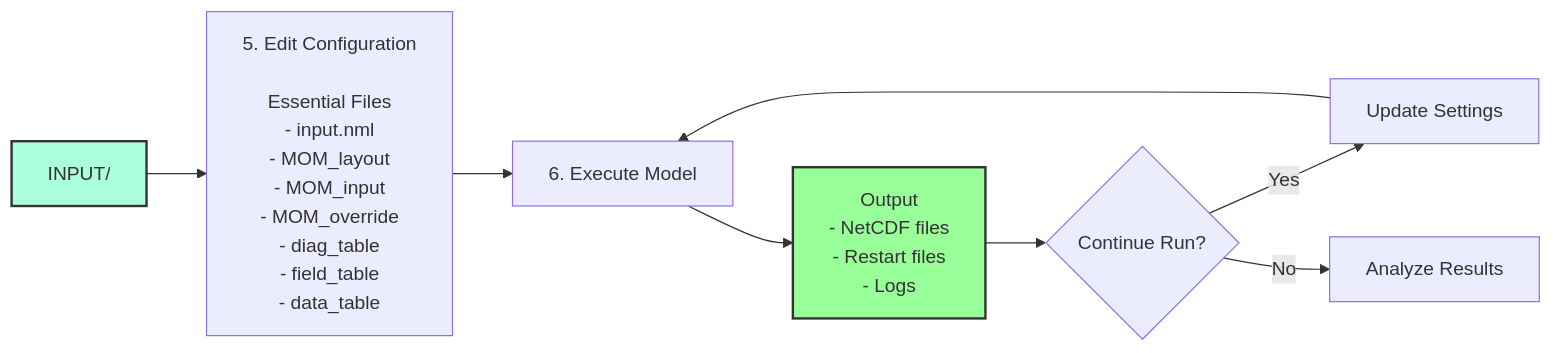
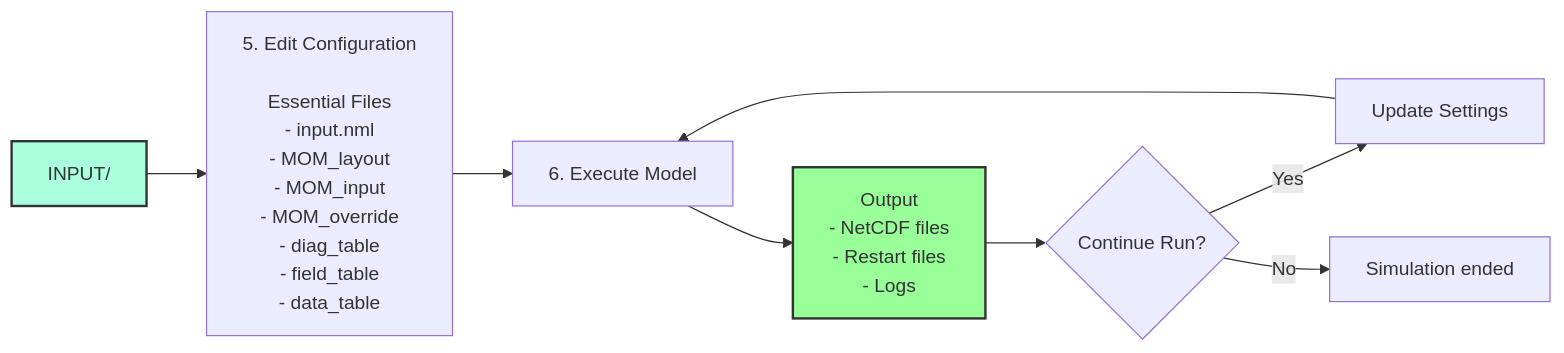
The second of 2 diagrams in exps/NEUS25.COBALT/README2.md (dksasaki/MOM6_COBALT_NEUS25), drawn with Mermaid before and after one commit.

````diff
--- a/exps/NEUS25.COBALT/README2.md
+++ b/exps/NEUS25.COBALT/README2.md
@@ -36,15 +36,15 @@
 ```mermaid
 flowchart LR
     A[INPUT/] --> B[5. Edit Configuration <br/> <br/> Essential Files<br/>- input.nml<br/>- MOM_layout<br/>- MOM_input<br/>- MOM_override<br/>- diag_table<br/>- field_table<br/>- data_table]
     
     B --> D[6. Execute Model]
     D --> E[Output<br/>- NetCDF files<br/>- Restart files<br/>- Logs]
     
     E --> F{Continue Run?}
     F -->|Yes| G[Update Settings]
     G --> D
-    F -->|No| H[Analyze Results]
+    F -->|No| H[Simulation ended]
     
     style A fill:#afd,stroke:#333,stroke-width:2px
     style E fill:#9f9,stroke:#333,stroke-width:2px
 ```
````
